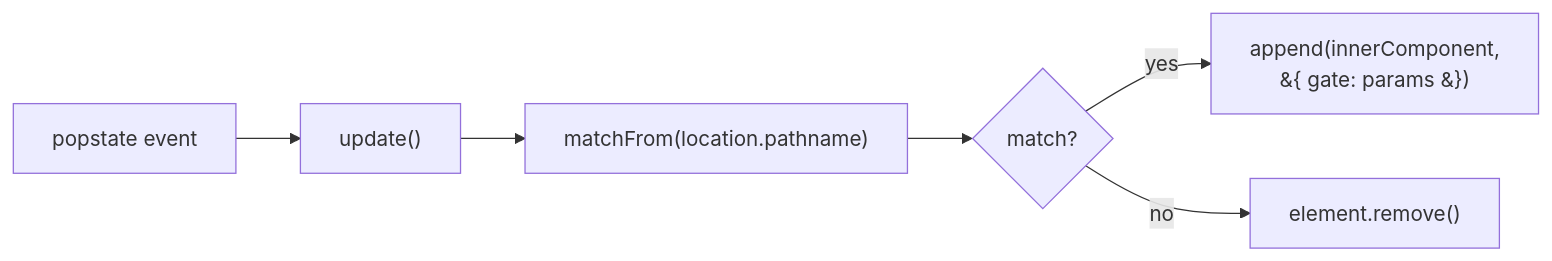
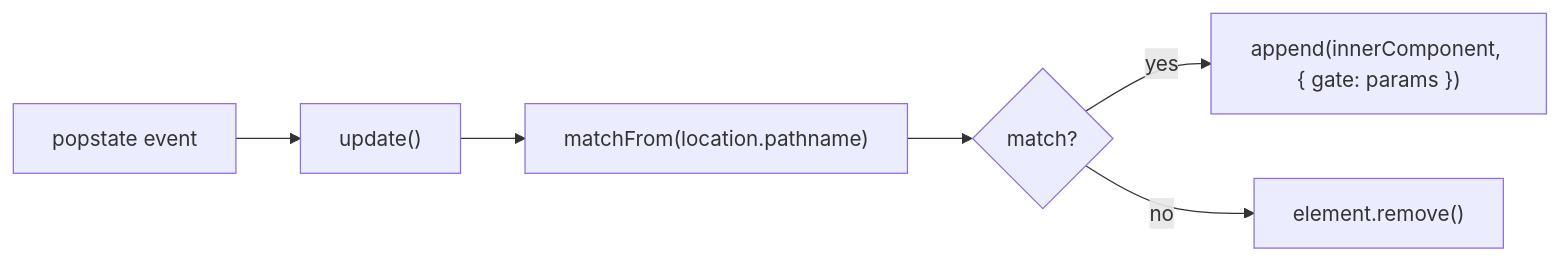
One commit to Marvin-Brouwer/rooted changed the second of 2 diagrams in docs/architecture.md. Above: the diagram before and after it, drawn with Mermaid.

Commit message:
docs: use literal braces in gate flowchart node label
HTML entities &#123;/&#125; were rendering as &{/&} in GitHub's Mermaid
renderer. Literal curly braces inside a quoted node label work correctly.

https://claude.ai/code/session_01DohvkMsQmPTRdzVnuSu1mZ

````diff
--- a/docs/architecture.md
+++ b/docs/architecture.md
@@ -273,15 +273,15 @@
 ```mermaid
 flowchart LR
     popstate["popstate event"]
     update["update()"]
     match["matchFrom(location.pathname)"]
     decision{"match?"}
-    append["append(innerComponent,<br/>&#123; gate: params &#125;)"]
+    append["append(innerComponent, { gate: params })"]
     remove["element.remove()"]
 
     popstate  --> update
     update    --> match
     match     --> decision
     decision  -->|yes| append
     decision  -->|no| remove
 ```
````
